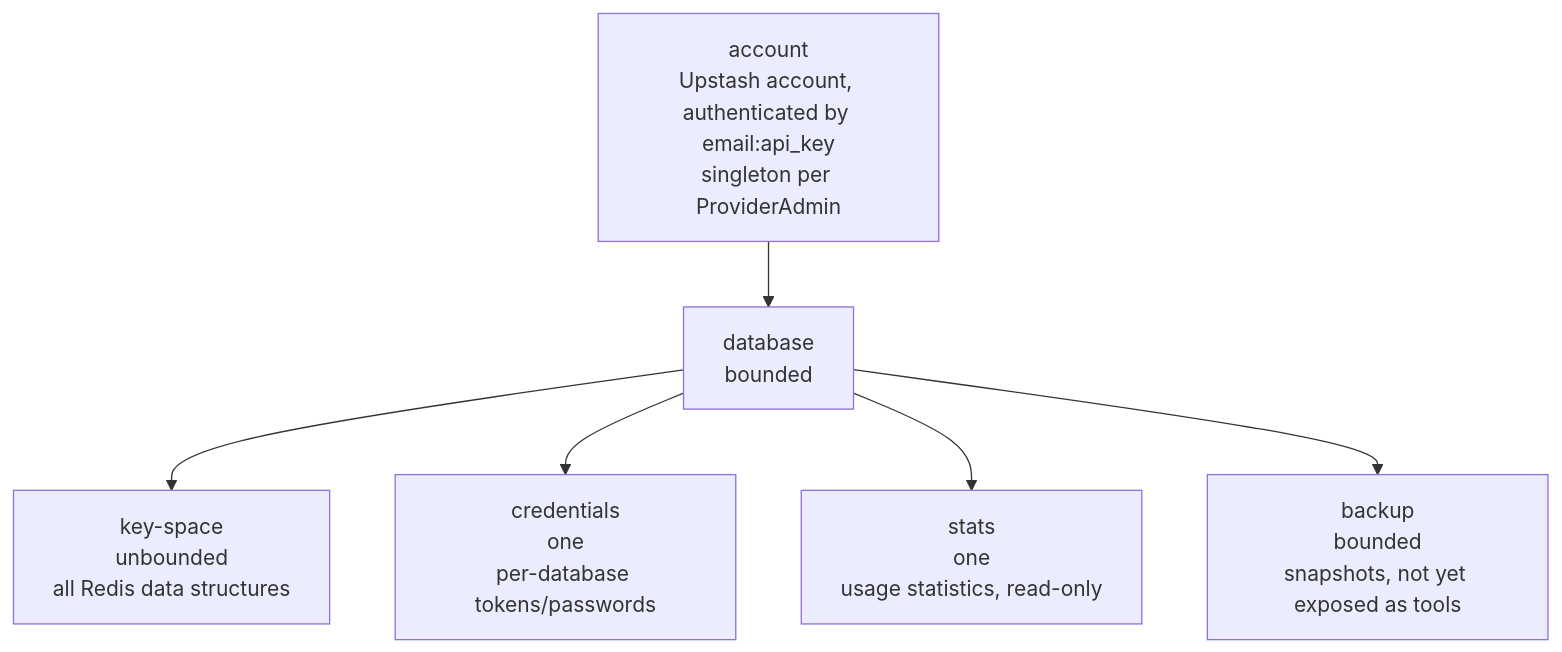
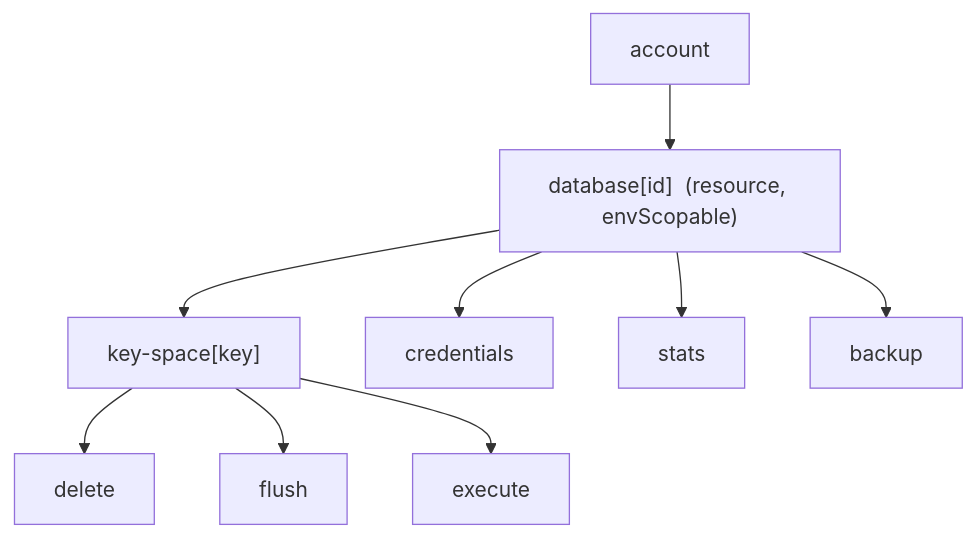
The diagram in docs/handbook/providers/upstash-redis.md (vaubaan/gateway), drawn with Mermaid before and after one commit. The commit also changed other lines of this file and 17 other files, not shown here.

First line of the commit message:
feat(plugin-upstash-redis): migrate to the v5 Plugin SDK (P1.2h)

````diff
--- a/docs/handbook/providers/upstash-redis.md
+++ b/docs/handbook/providers/upstash-redis.md
@@ -82,10 +34,11 @@
 ```mermaid
 flowchart TB
-  account[account<br/>Upstash account, authenticated by email:api_key<br/>singleton per ProviderAdmin]
-
-  account --> database[database<br/>bounded]
-  database --> key-space[key-space<br/>unbounded<br/>all Redis data structures]
-  database --> credentials[credentials<br/>one<br/>per-database tokens/passwords]
-  database --> stats[stats<br/>one<br/>usage statistics, read-only]
-  database --> backup[backup<br/>bounded<br/>snapshots, not yet exposed as tools]
+  account --> db["database[id]  (resource, envScopable)"]
+  db --> ks["key-space[key]"]
+  ks --> del[delete]
+  ks --> flush[flush]
+  ks --> exec[execute]
+  db --> cred[credentials]
+  db --> stats
+  db --> backup
 ```
````
